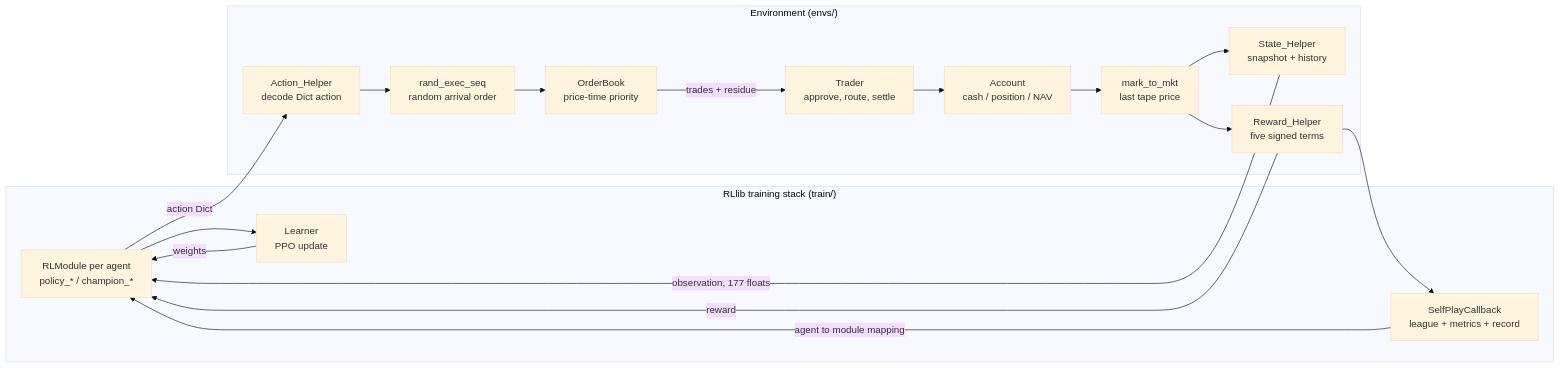
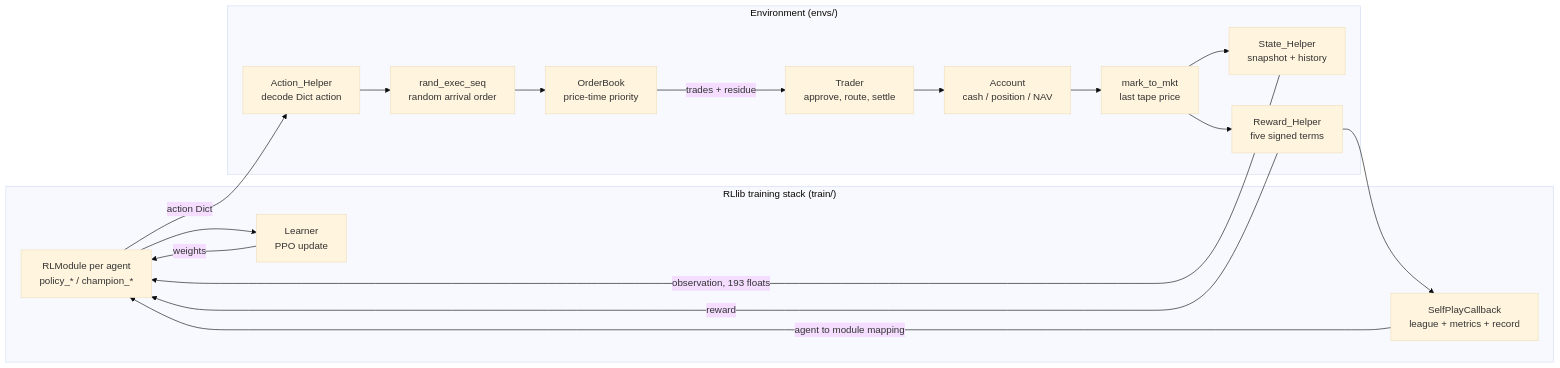
The first of 2 diagrams in README.md (ChuaCheowHuan/gym-continuousDoubleAuction), drawn with Mermaid (base theme) before and after one commit. The commit also changed other lines of this file and 23 other files, not shown here.

````diff
--- a/README.md
+++ b/README.md
@@ -16,33 +16,33 @@
 ```mermaid
 flowchart LR
     subgraph RL["RLlib training stack (train/)"]
         POL["RLModule per agent<br/>policy_* / champion_*"]
         LRN["Learner<br/>PPO update"]
         CB["SelfPlayCallback<br/>league + metrics + record"]
     end
 
     subgraph ENV["Environment (envs/)"]
         ACT["Action_Helper<br/>decode Dict action"]
         SHUF["rand_exec_seq<br/>random arrival order"]
         LOB["OrderBook<br/>price-time priority"]
         TRD["Trader<br/>approve, route, settle"]
         ACC["Account<br/>cash / position / NAV"]
         MTM["mark_to_mkt<br/>last tape price"]
         OBS["State_Helper<br/>snapshot + history"]
         REW["Reward_Helper<br/>five signed terms"]
     end
 
     POL -->|"action Dict"| ACT
     ACT --> SHUF --> LOB
     LOB -->|"trades + residue"| TRD
     TRD --> ACC
     ACC --> MTM
     MTM --> OBS
     MTM --> REW
-    OBS -->|"observation, 177 floats"| POL
+    OBS -->|"observation, 193 floats"| POL
     REW -->|"reward"| POL
     REW --> CB
     CB -->|"agent to module mapping"| POL
     POL --> LRN
     LRN -->|"weights"| POL
 ```
````
